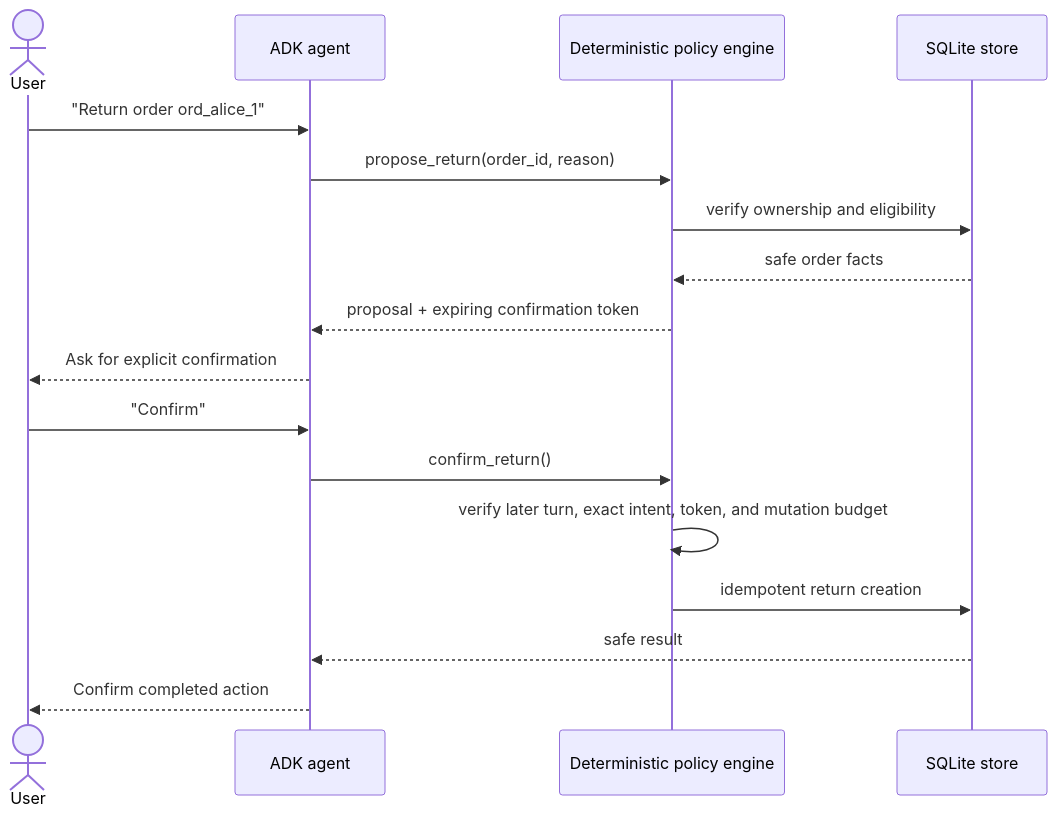
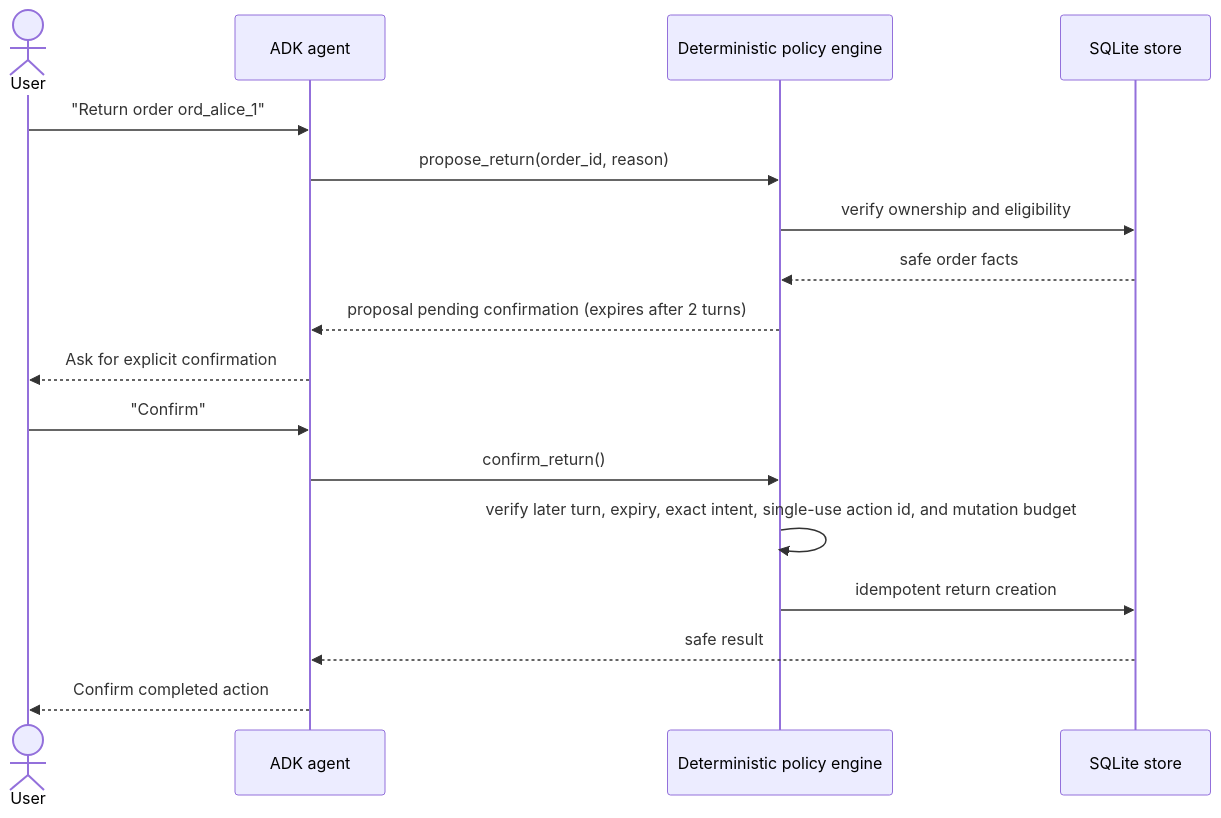
Before and after one commit to Shubeeksh-K/Secure-AI-Guardrails: the second of 2 diagrams in docs/ARCHITECTURE.md, drawn with Mermaid. The commit also changed other lines of this file and 5 other files, not shown here.

````diff
--- a/docs/ARCHITECTURE.md
+++ b/docs/ARCHITECTURE.md
@@ -42,20 +42,20 @@
 ```mermaid
 sequenceDiagram
     actor User
     participant Agent as ADK agent
     participant Policy as Deterministic policy engine
     participant DB as SQLite store
 
     User->>Agent: "Return order ord_alice_1"
     Agent->>Policy: propose_return(order_id, reason)
     Policy->>DB: verify ownership and eligibility
     DB-->>Policy: safe order facts
-    Policy-->>Agent: proposal + expiring confirmation token
+    Policy-->>Agent: proposal pending confirmation (expires after 2 turns)
     Agent-->>User: Ask for explicit confirmation
     User->>Agent: "Confirm"
     Agent->>Policy: confirm_return()
-    Policy->>Policy: verify later turn, exact intent, token, and mutation budget
+    Policy->>Policy: verify later turn, expiry, exact intent, single-use action id, and mutation budget
     Policy->>DB: idempotent return creation
     DB-->>Agent: safe result
     Agent-->>User: Confirm completed action
 ```
````
